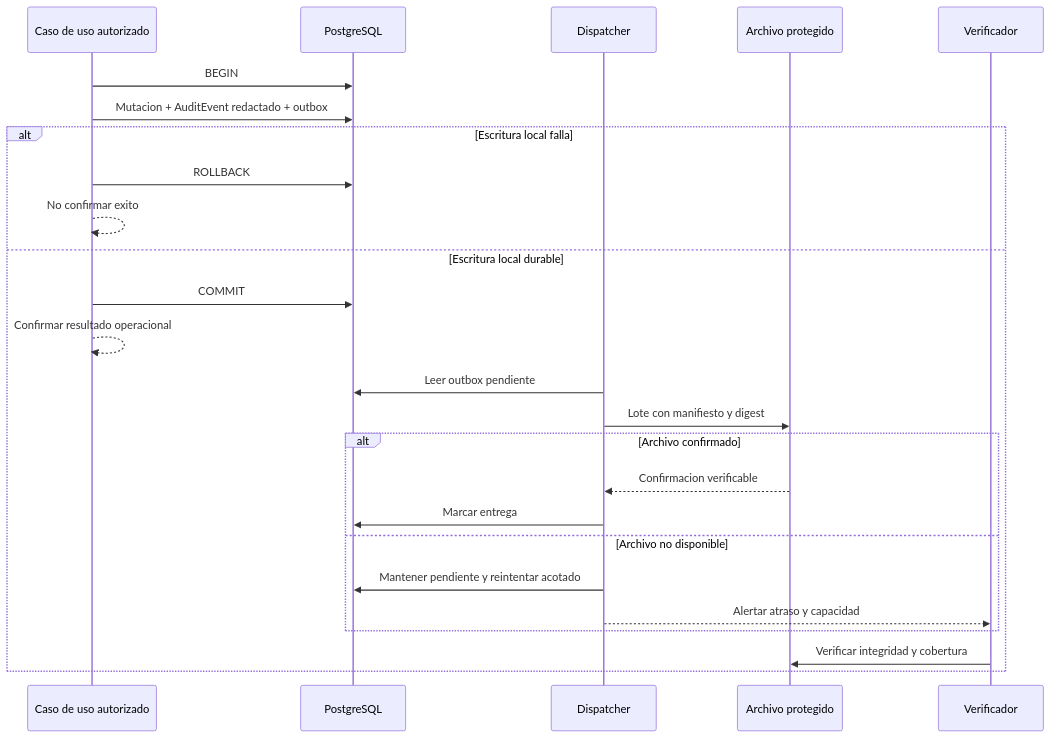
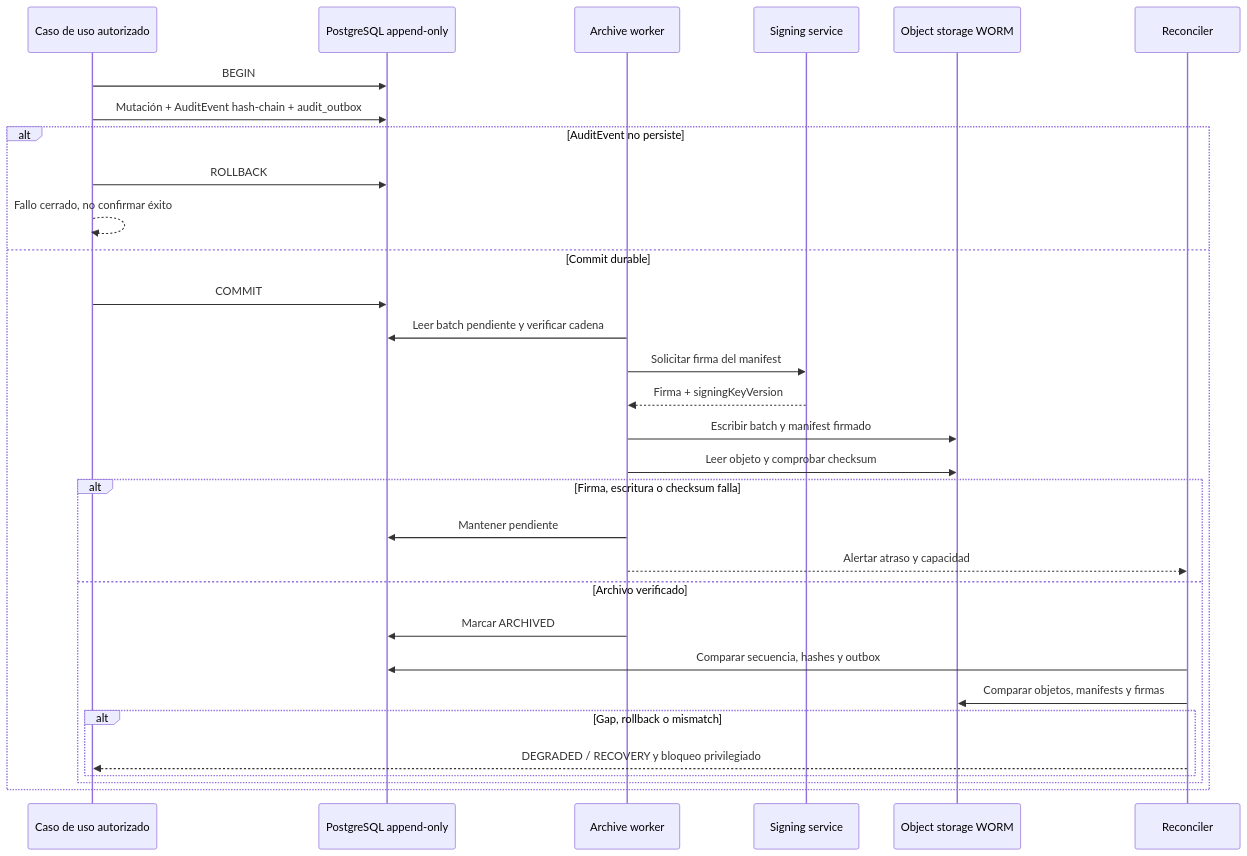
One commit to CyberStill-GmbH/qapaq-secops changed the diagram in docs/diagrams/09-audit.mmd. Above: the diagram before and after it, drawn with Mermaid. The commit also changed 10 other files, not shown here.

```diff
--- a/docs/diagrams/09-audit.mmd
+++ b/docs/diagrams/09-audit.mmd
@@ -1,25 +1,31 @@
 sequenceDiagram
     participant C as Caso de uso autorizado
-    participant DB as PostgreSQL
-    participant O as Dispatcher
-    participant S as Archivo protegido
-    participant V as Verificador
+    participant DB as PostgreSQL append-only
+    participant O as Archive worker
+    participant K as Signing service
+    participant S as Object storage WORM
+    participant R as Reconciler
     C->>DB: BEGIN
-    C->>DB: Mutacion + AuditEvent redactado + outbox
-    alt Escritura local falla
+    C->>DB: Mutación + AuditEvent hash-chain + audit_outbox
+    alt AuditEvent no persiste
         C->>DB: ROLLBACK
-        C-->>C: No confirmar exito
-    else Escritura local durable
+        C-->>C: Fallo cerrado, no confirmar éxito
+    else Commit durable
         C->>DB: COMMIT
-        C-->>C: Confirmar resultado operacional
-        O->>DB: Leer outbox pendiente
-        O->>S: Lote con manifiesto y digest
-        alt Archivo confirmado
-            S-->>O: Confirmacion verificable
-            O->>DB: Marcar entrega
-        else Archivo no disponible
-            O->>DB: Mantener pendiente y reintentar acotado
-            O-->>V: Alertar atraso y capacidad
+        O->>DB: Leer batch pendiente y verificar cadena
+        O->>K: Solicitar firma del manifest
+        K-->>O: Firma + signingKeyVersion
+        O->>S: Escribir batch y manifest firmado
+        O->>S: Leer objeto y comprobar checksum
+        alt Firma, escritura o checksum falla
+            O->>DB: Mantener pendiente
+            O-->>R: Alertar atraso y capacidad
+        else Archivo verificado
+            O->>DB: Marcar ARCHIVED
+            R->>DB: Comparar secuencia, hashes y outbox
+            R->>S: Comparar objetos, manifests y firmas
+            alt Gap, rollback o mismatch
+                R-->>C: DEGRADED / RECOVERY y bloqueo privilegiado
+            end
         end
-        V->>S: Verificar integridad y cobertura
     end
```
